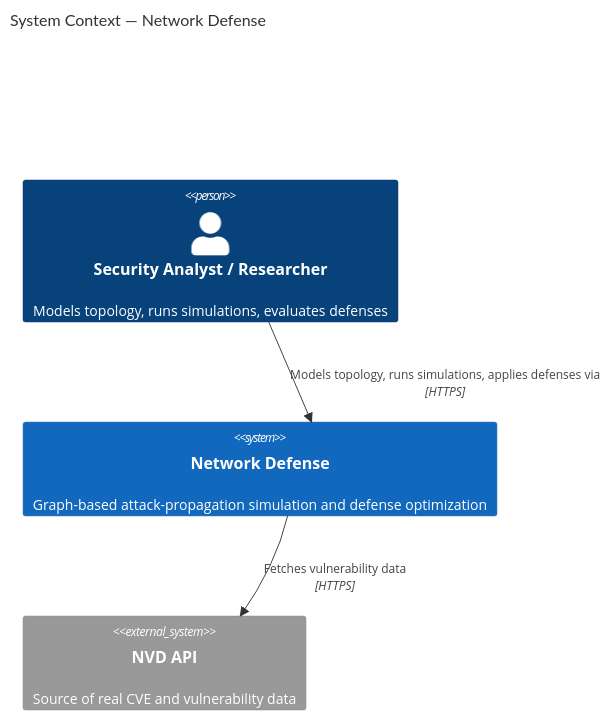
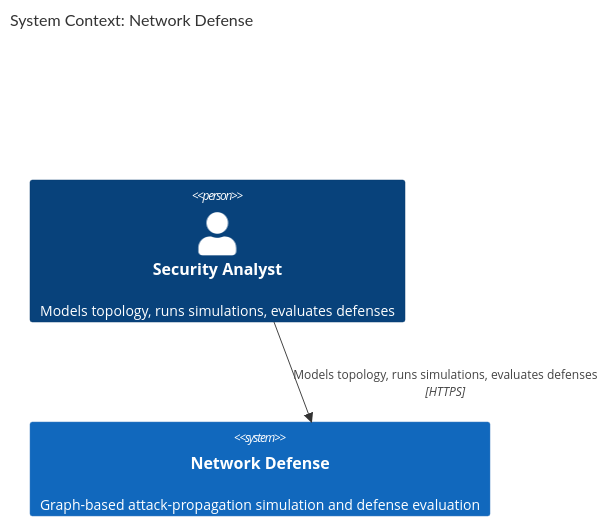
The first of 4 diagrams in docs/architecture.md (michalo1334/master_thesis), drawn with Mermaid before and after one commit. The commit also changed other lines of this file and 75 other files, not shown here.

````diff
--- a/docs/architecture.md
+++ b/docs/architecture.md
@@ -13,11 +13,9 @@
 ```mermaid
 C4Context
-  title System Context — Network Defense
+  title System Context: Network Defense
 
-  Person(securityAnalyst, "Security Analyst / Researcher", "Models topology, runs simulations, evaluates defenses")
-  System(networkDefense, "Network Defense", "Graph-based attack-propagation simulation and defense optimization")
-  System_Ext(nvdApi, "NVD API", "Source of real CVE and vulnerability data")
+  Person(securityAnalyst, "Security Analyst", "Models topology, runs simulations, evaluates defenses")
+  System(networkDefense, "Network Defense", "Graph-based attack-propagation simulation and defense evaluation")
 
-  Rel(securityAnalyst, networkDefense, "Models topology, runs simulations, applies defenses via", "HTTPS")
-  Rel(networkDefense, nvdApi, "Fetches vulnerability data", "HTTPS")
+  Rel(securityAnalyst, networkDefense, "Models topology, runs simulations, evaluates defenses", "HTTPS")
 ```
````
